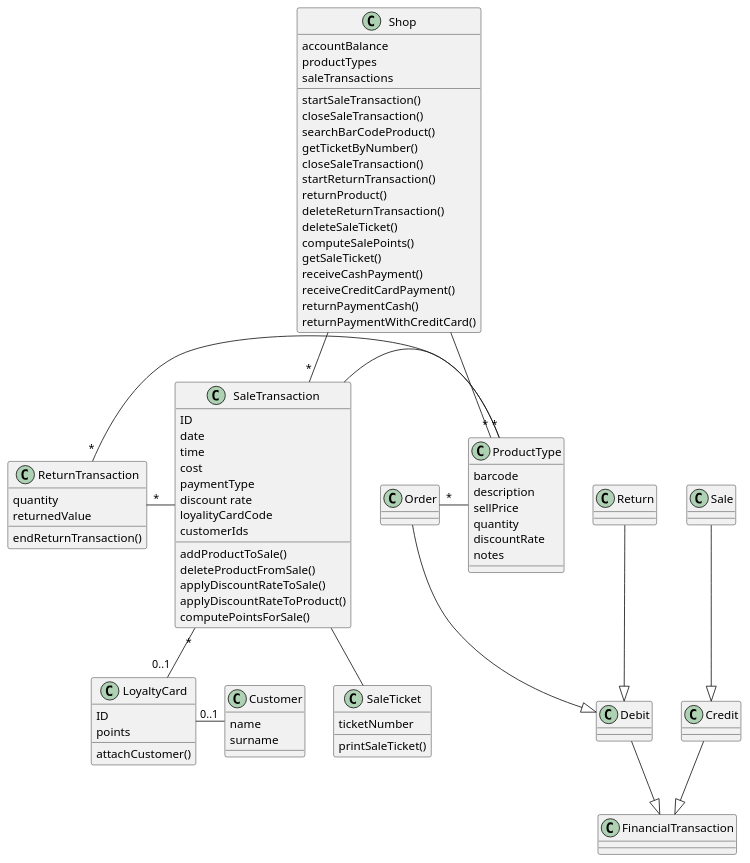
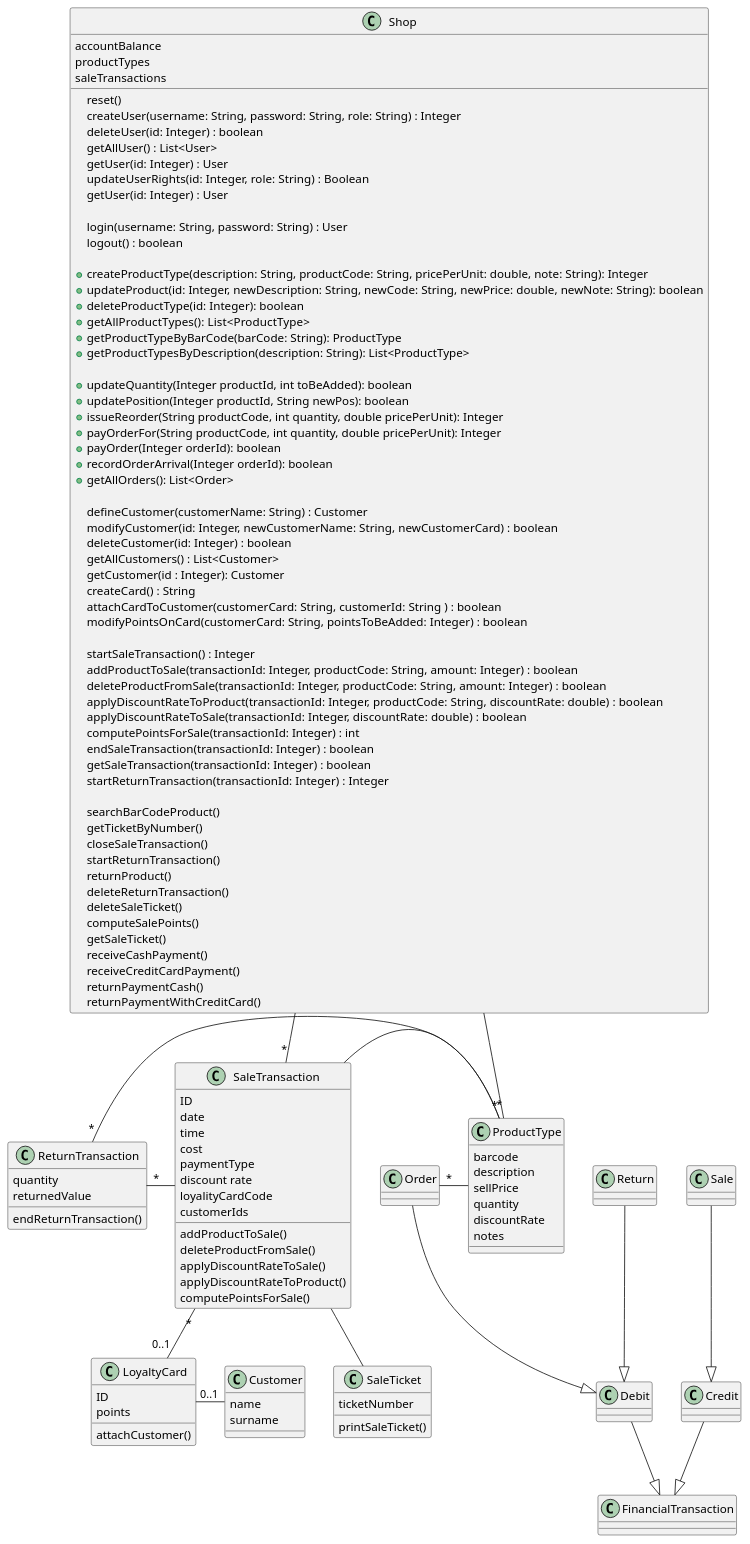
Before and after one commit to nicolabattaglino/ezshop: the first of 3 diagrams in Deliverables/DesignDocument.md, drawn with PlantUML. The commit also changed other lines of this file, not shown here.

```diff
--- a/Deliverables/DesignDocument.md
+++ b/Deliverables/DesignDocument.md
@@ -42,8 +42,51 @@
     productTypes
     saleTransactions
 
-    startSaleTransaction()
-    closeSaleTransaction()
+    reset()
+    createUser(username: String, password: String, role: String) : Integer
+    deleteUser(id: Integer) : boolean
+    getAllUser() : List<User>
+    getUser(id: Integer) : User
+    updateUserRights(id: Integer, role: String) : Boolean
+    getUser(id: Integer) : User
+
+    login(username: String, password: String) : User
+    logout() : boolean
+
+    +createProductType(description: String, productCode: String, pricePerUnit: double, note: String): Integer
+    +updateProduct(id: Integer, newDescription: String, newCode: String, newPrice: double, newNote: String): boolean
+    +deleteProductType(id: Integer): boolean
+    +getAllProductTypes():  List<ProductType>
+    +getProductTypeByBarCode(barCode: String): ProductType
+    +getProductTypesByDescription(description: String): List<ProductType>
+
+    +updateQuantity(Integer productId, int toBeAdded): boolean
+    +updatePosition(Integer productId, String newPos): boolean
+    +issueReorder(String productCode, int quantity, double pricePerUnit): Integer
+    +payOrderFor(String productCode, int quantity, double pricePerUnit): Integer
+    +payOrder(Integer orderId): boolean
+    +recordOrderArrival(Integer orderId): boolean
+    +getAllOrders(): List<Order> 
+
+    defineCustomer(customerName: String) : Customer
+    modifyCustomer(id: Integer, newCustomerName: String, newCustomerCard) : boolean
+    deleteCustomer(id: Integer) : boolean
+    getAllCustomers() : List<Customer>
+    getCustomer(id : Integer): Customer
+    createCard() : String
+    attachCardToCustomer(customerCard: String, customerId: String ) : boolean
+    modifyPointsOnCard(customerCard: String, pointsToBeAdded: Integer) : boolean
+
+    startSaleTransaction() : Integer
+    addProductToSale(transactionId: Integer, productCode: String, amount: Integer) : boolean
+    deleteProductFromSale(transactionId: Integer, productCode: String, amount: Integer) : boolean
+    applyDiscountRateToProduct(transactionId: Integer, productCode: String, discountRate: double) : boolean
+    applyDiscountRateToSale(transactionId: Integer, discountRate: double) : boolean
+    computePointsForSale(transactionId: Integer) : int
+    endSaleTransaction(transactionId: Integer) : boolean
+    getSaleTransaction(transactionId: Integer) : boolean
+    startReturnTransaction(transactionId: Integer) : Integer
+
     searchBarCodeProduct()
     getTicketByNumber()
     closeSaleTransaction()
```
